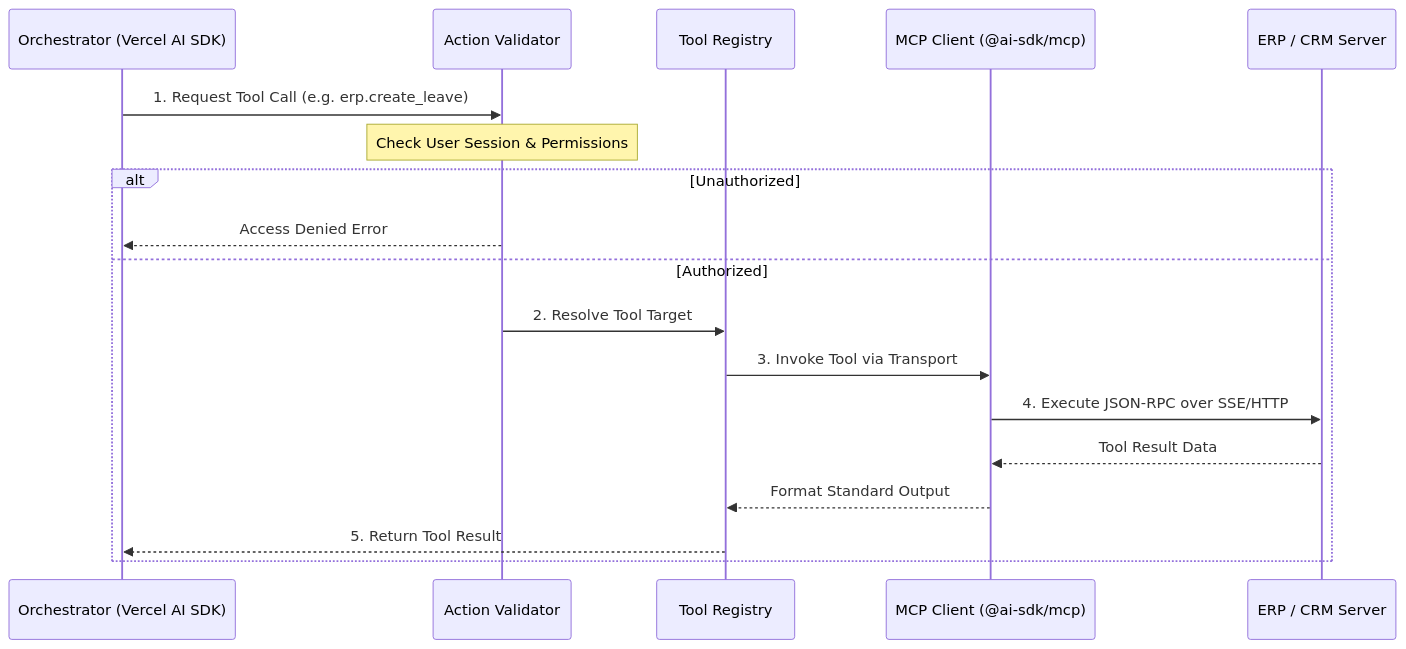
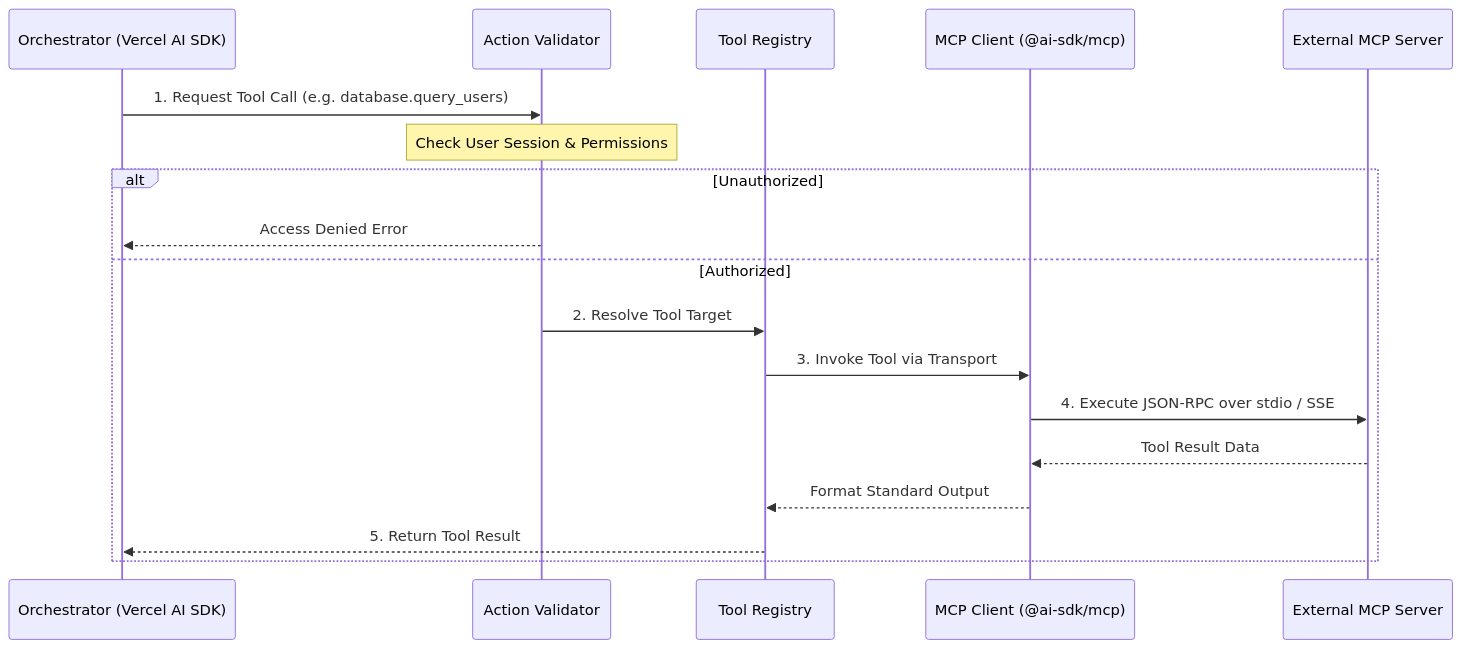
One commit to vietnv5/agentx changed the first of 2 diagrams in docs/05-integration-layer.md. Above: the diagram before and after it, drawn with Mermaid. The commit also changed other lines of this file and 1 other file, not shown here.

````diff
--- a/docs/05-integration-layer.md
+++ b/docs/05-integration-layer.md
@@ -11,21 +11,21 @@
 ```mermaid
 sequenceDiagram
     participant ORC as Orchestrator (Vercel AI SDK)
     participant VAL as Action Validator
     participant REG as Tool Registry
     participant CLI as MCP Client (@ai-sdk/mcp)
-    participant ERP as ERP / CRM Server
+    participant MCP_SRV as External MCP Server
 
-    ORC->>VAL: 1. Request Tool Call (e.g. erp.create_leave)
+    ORC->>VAL: 1. Request Tool Call (e.g. database.query_users)
     Note over VAL: Check User Session & Permissions
     alt Unauthorized
         VAL-->>ORC: Access Denied Error
     else Authorized
         VAL->>REG: 2. Resolve Tool Target
         REG->>CLI: 3. Invoke Tool via Transport
-        CLI->>ERP: 4. Execute JSON-RPC over SSE/HTTP
-        ERP-->>CLI: Tool Result Data
+        CLI->>MCP_SRV: 4. Execute JSON-RPC over stdio / SSE
+        MCP_SRV-->>CLI: Tool Result Data
         CLI-->>REG: Format Standard Output
         REG-->>ORC: 5. Return Tool Result
     end
 ```
````
